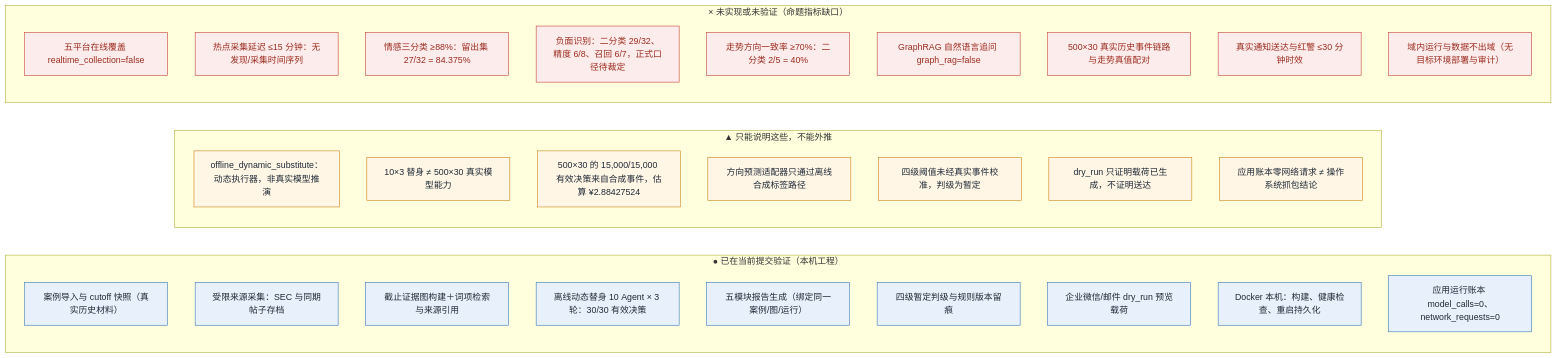
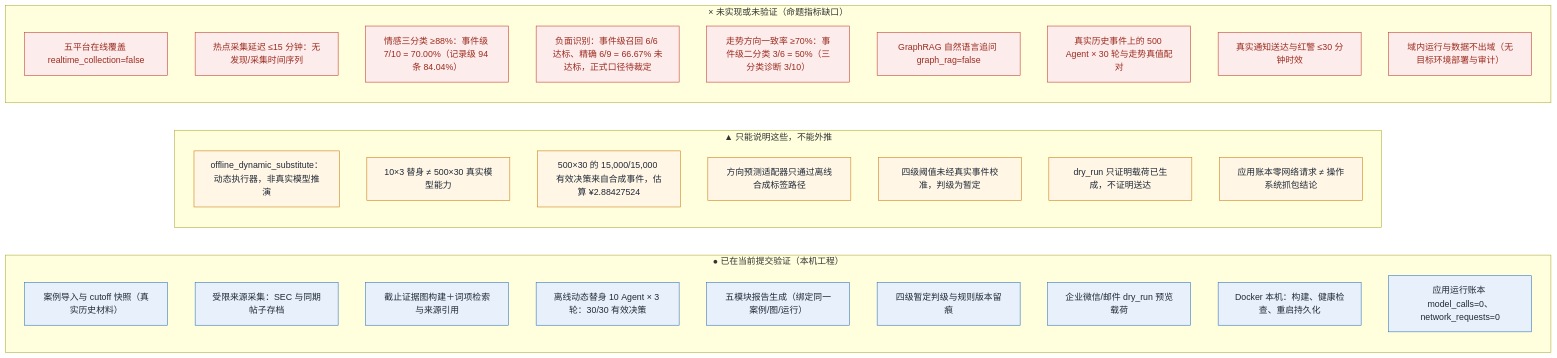
Before and after one commit to lsgoblin/multi-agent-public-opinion-monitoring: the third of 3 diagrams in docs/design/技术架构与流程图-2026-10-14.md, drawn with Mermaid. The commit also changed other lines of this file and 7 other files, not shown here.

````diff
--- a/docs/design/技术架构与流程图-2026-10-14.md
+++ b/docs/design/技术架构与流程图-2026-10-14.md
@@ -121,40 +121,40 @@
 ```mermaid
 flowchart LR
   subgraph OK["● 已在当前提交验证（本机工程）"]
     O1["案例导入与 cutoff 快照（真实历史材料）"]
     O2["受限来源采集：SEC 与同期帖子存档"]
     O3["截止证据图构建＋词项检索与来源引用"]
     O4["离线动态替身 10 Agent × 3 轮：30/30 有效决策"]
     O5["五模块报告生成（绑定同一案例/图/运行）"]
     O6["四级暂定判级与规则版本留痕"]
     O7["企业微信/邮件 dry_run 预览载荷"]
     O8["Docker 本机：构建、健康检查、重启持久化"]
     O9["应用运行账本 model_calls=0、network_requests=0"]
   end
   subgraph PART["▲ 只能说明这些，不能外推"]
     P1["offline_dynamic_substitute：动态执行器，非真实模型推演"]
     P2["10×3 替身 ≠ 500×30 真实模型能力"]
     P3["500×30 的 15,000/15,000 有效决策来自合成事件，估算 ¥2.88427524"]
     P4["方向预测适配器只通过离线合成标签路径"]
     P5["四级阈值未经真实事件校准，判级为暂定"]
     P6["dry_run 只证明载荷已生成，不证明送达"]
     P7["应用账本零网络请求 ≠ 操作系统抓包结论"]
   end
   subgraph GAP["× 未实现或未验证（命题指标缺口）"]
-    G1["五平台在线覆盖 realtime_collection=false"]
-    G2["热点采集延迟 ≤15 分钟：无发现/采集时间序列"]
-    G3["情感三分类 ≥88%：留出集 27/32 = 84.375%"]
-    G4["负面识别：二分类 29/32、精度 6/8、召回 6/7，正式口径待裁定"]
-    G5["走势方向一致率 ≥70%：二分类 2/5 = 40%"]
-    G6["GraphRAG 自然语言追问 graph_rag=false"]
-    G7["500×30 真实历史事件链路与走势真值配对"]
-    G8["真实通知送达与红警 ≤30 分钟时效"]
-    G9["域内运行与数据不出域（无目标环境部署与审计）"]
+    N1["五平台在线覆盖 realtime_collection=false"]
+    N2["热点采集延迟 ≤15 分钟：无发现/采集时间序列"]
+    N3["情感三分类 ≥88%：事件级 7/10 = 70.00%（记录级 94 条 84.04%）"]
+    N4["负面识别：事件级召回 6/6 达标、精确 6/9 = 66.67% 未达标，正式口径待裁定"]
+    N5["走势方向一致率 ≥70%：事件级二分类 3/6 = 50%（三分类诊断 3/10）"]
+    N6["GraphRAG 自然语言追问 graph_rag=false"]
+    N7["真实历史事件上的 500 Agent × 30 轮与走势真值配对"]
+    N8["真实通知送达与红警 ≤30 分钟时效"]
+    N9["域内运行与数据不出域（无目标环境部署与审计）"]
   end
   classDef ok fill:#E8F1FB,stroke:#2E6FB7,color:#1F2937
   classDef part fill:#FFF6E5,stroke:#C97B0A,color:#1F2937
   classDef bad fill:#FDECEC,stroke:#C0392B,color:#9B2C1F
   class O1,O2,O3,O4,O5,O6,O7,O8,O9 ok
   class P1,P2,P3,P4,P5,P6,P7 part
-  class G1,G2,G3,G4,G5,G6,G7,G8,G9 bad
+  class N1,N2,N3,N4,N5,N6,N7,N8,N9 bad
 ```
````
